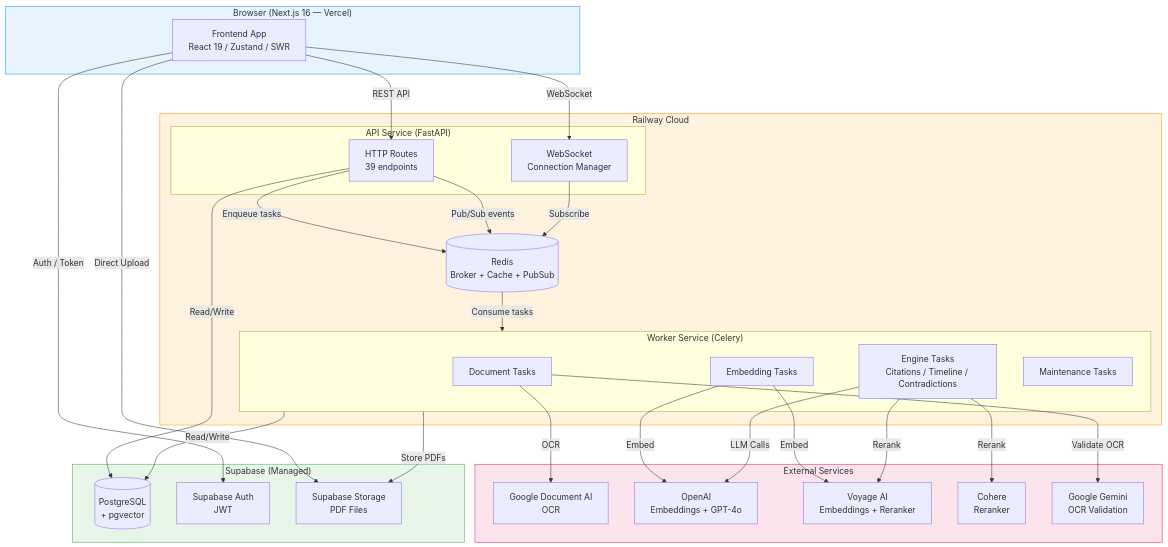
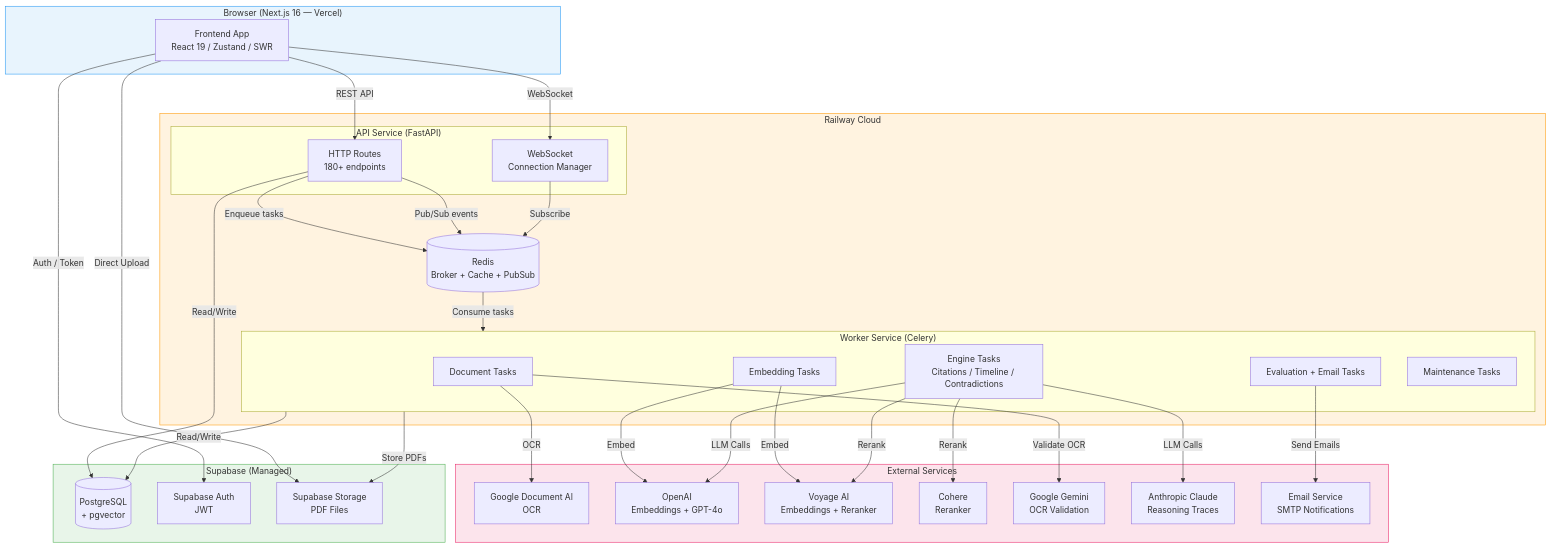
The first of 11 diagrams in docs/architecture-diagrams.md (juhinebhnani4/LDIP), drawn with Mermaid before and after one commit. The commit also changed other lines of this file, not shown here.

First line of the commit message:
docs: update architecture diagrams with full codebase coverage

````diff
--- a/docs/architecture-diagrams.md
+++ b/docs/architecture-diagrams.md
@@ -10,63 +10,68 @@
 ```mermaid
 graph TB
     subgraph Client["Browser (Next.js 16 — Vercel)"]
         FE[Frontend App<br/>React 19 / Zustand / SWR]
     end
 
     subgraph External["External Services"]
         GDAI[Google Document AI<br/>OCR]
         OAI[OpenAI<br/>Embeddings + GPT-4o]
         VOY[Voyage AI<br/>Embeddings + Reranker]
         COH[Cohere<br/>Reranker]
         GEM[Google Gemini<br/>OCR Validation]
+        ANTH[Anthropic Claude<br/>Reasoning Traces]
+        EMAIL[Email Service<br/>SMTP Notifications]
     end
 
     subgraph Railway["Railway Cloud"]
         subgraph API["API Service (FastAPI)"]
-            ROUTES[HTTP Routes<br/>39 endpoints]
+            ROUTES[HTTP Routes<br/>180+ endpoints]
             WS[WebSocket<br/>Connection Manager]
         end
 
         subgraph Worker["Worker Service (Celery)"]
             DOC_TASKS[Document Tasks]
             ENGINE_TASKS[Engine Tasks<br/>Citations / Timeline / Contradictions]
             EMBED_TASKS[Embedding Tasks]
+            EVAL_TASKS[Evaluation + Email Tasks]
             MAINT_TASKS[Maintenance Tasks]
         end
 
         REDIS[(Redis<br/>Broker + Cache + PubSub)]
     end
 
     subgraph Supabase["Supabase (Managed)"]
         PG[(PostgreSQL<br/>+ pgvector)]
         AUTH[Supabase Auth<br/>JWT]
         STORAGE[Supabase Storage<br/>PDF Files]
     end
 
     FE -->|REST API| ROUTES
     FE -->|WebSocket| WS
     FE -->|Auth / Token| AUTH
     FE -->|Direct Upload| STORAGE
 
     ROUTES -->|Enqueue tasks| REDIS
     ROUTES -->|Read/Write| PG
     ROUTES -->|Pub/Sub events| REDIS
     WS -->|Subscribe| REDIS
 
     REDIS -->|Consume tasks| Worker
     Worker -->|Read/Write| PG
     Worker -->|Store PDFs| STORAGE
 
     DOC_TASKS -->|OCR| GDAI
     EMBED_TASKS -->|Embed| OAI
     EMBED_TASKS -->|Embed| VOY
     ENGINE_TASKS -->|LLM Calls| OAI
+    ENGINE_TASKS -->|LLM Calls| ANTH
     ENGINE_TASKS -->|Rerank| VOY
     ENGINE_TASKS -->|Rerank| COH
     DOC_TASKS -->|Validate OCR| GEM
+    EVAL_TASKS -->|Send Emails| EMAIL
 
     style Client fill:#e8f4fd,stroke:#2196F3
     style Railway fill:#fff3e0,stroke:#FF9800
     style Supabase fill:#e8f5e9,stroke:#4CAF50
     style External fill:#fce4ec,stroke:#E91E63
 ```
````
